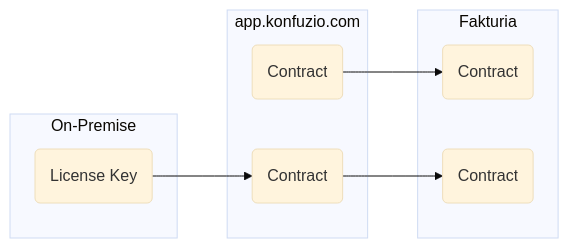
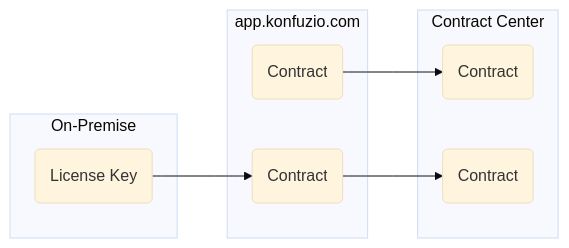
One commit to konfuzio-ai/konfuzio-sdk changed the diagram in docs/web/billing/index.md. Above: the diagram before and after it, drawn with Mermaid (base theme). The commit also changed other lines of this file, not shown here.

````diff
--- a/docs/web/billing/index.md
+++ b/docs/web/billing/index.md
@@ -6,14 +6,14 @@
 ```mermaid
 graph LR
 subgraph On-Premise
 a(License Key)
 end
 subgraph app.konfuzio.com
 a("License Key") --> e(Contract)
 b(Contract)
 end
-subgraph Fakturia 
+subgraph Contract Center
 b(Contract) --> c(Contract)
 e(Contract) --> f(Contract)
 end  						
 ```
````
